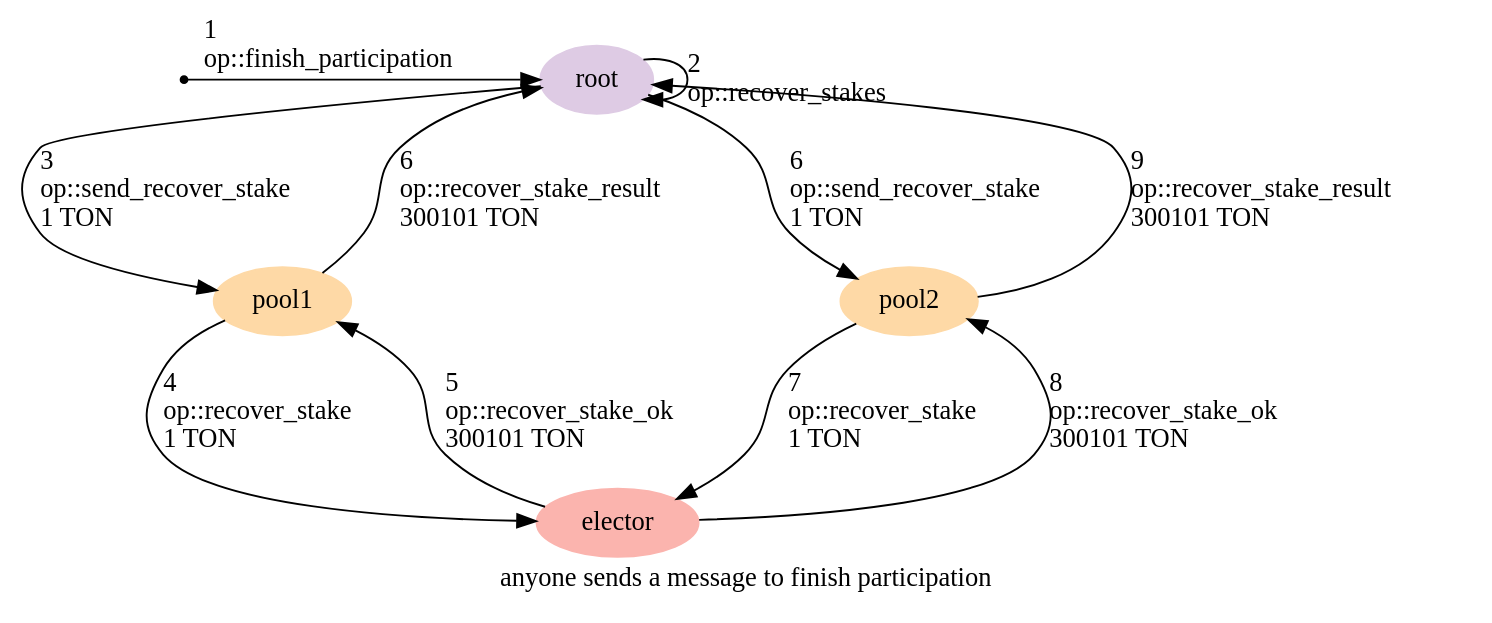
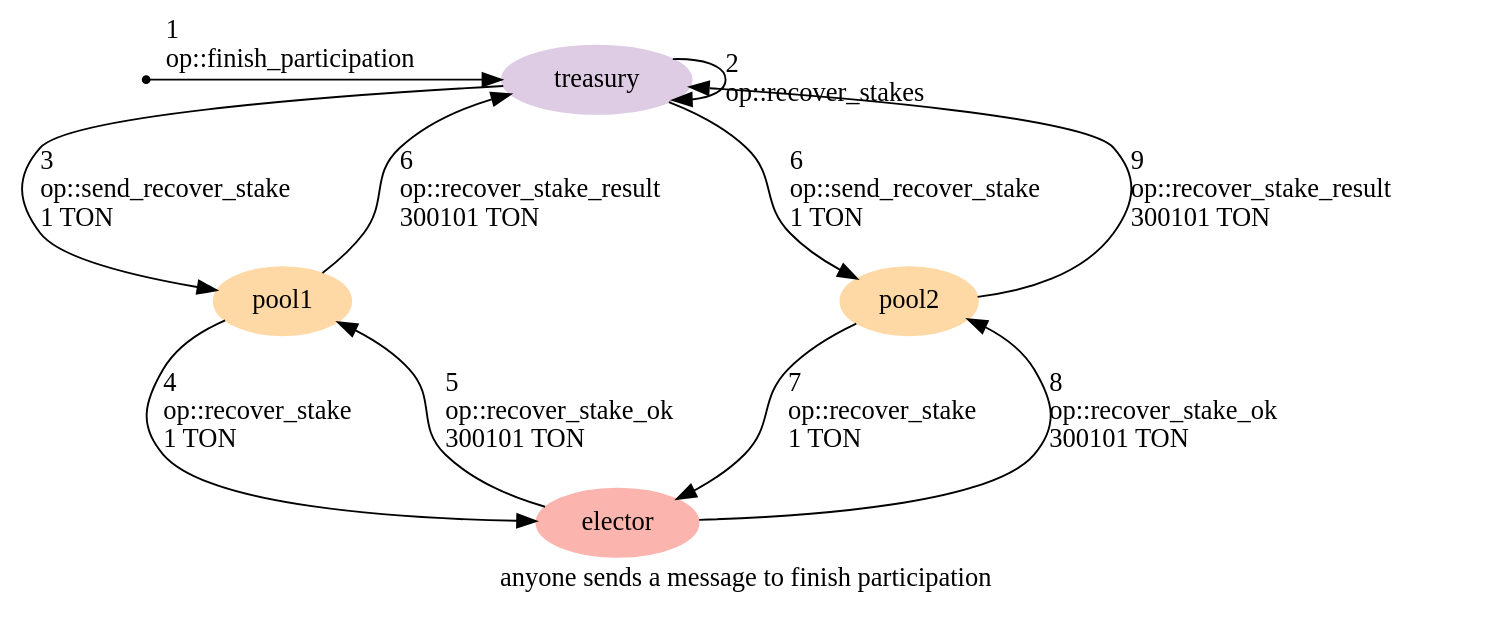
The diagram in graphs/09-finish-participation.dot (HipoFinance/contract), drawn with Graphviz before and after one commit. The commit also changed 23 other files, not shown here.

Commit message:
Rename root to treasury

```diff
--- a/graphs/09-finish-participation.dot
+++ b/graphs/09-finish-participation.dot
@@ -1,26 +1,26 @@
 digraph {
     label="anyone sends a message to finish participation"
     node [ colorscheme=pastel19 style=filled ]
 
     /* Entities */
     external [ shape=point ]
-    root [ color=4 ]
+    treasury [ color=4 ]
     pool1, pool2 [ color=5 ]
     elector [ color=1 ]
 
     /* Relationships */
-    external -> root [ label="1\l op::finish_participation\l" ]
-    root -> root [ label="2\l op::recover_stakes\l" ]
-    root -> pool1 [ label="3\l op::send_recover_stake\l 1 TON\l" ]
+    external -> treasury [ label="1\l op::finish_participation\l" ]
+    treasury -> treasury [ label="2\l op::recover_stakes\l" ]
+    treasury -> pool1 [ label="3\l op::send_recover_stake\l 1 TON\l" ]
     pool1 -> elector [ label="4\l op::recover_stake\l 1 TON\l" ]
     elector -> pool1 [ label="5\l op::recover_stake_ok\l 300101 TON\l" ]
-    pool1 -> root [ label="6\l op::recover_stake_result\l 300101 TON\l" ]
-    root -> pool2 [ label="6\l op::send_recover_stake\l 1 TON\l" ]
+    pool1 -> treasury [ label="6\l op::recover_stake_result\l 300101 TON\l" ]
+    treasury -> pool2 [ label="6\l op::send_recover_stake\l 1 TON\l" ]
     pool2 -> elector [ label="7\l op::recover_stake\l 1 TON\l" ]
     elector -> pool2 [ label="8\l op::recover_stake_ok\l 300101 TON\l" ]
-    pool2 -> root [ label="9\l op::recover_stake_result\l 300101 TON\l"]
+    pool2 -> treasury [ label="9\l op::recover_stake_result\l 300101 TON\l"]
 
     /* Ranks */
-    { rank=min external root }
+    { rank=min external treasury }
     { rank=max elector }
 }
```
